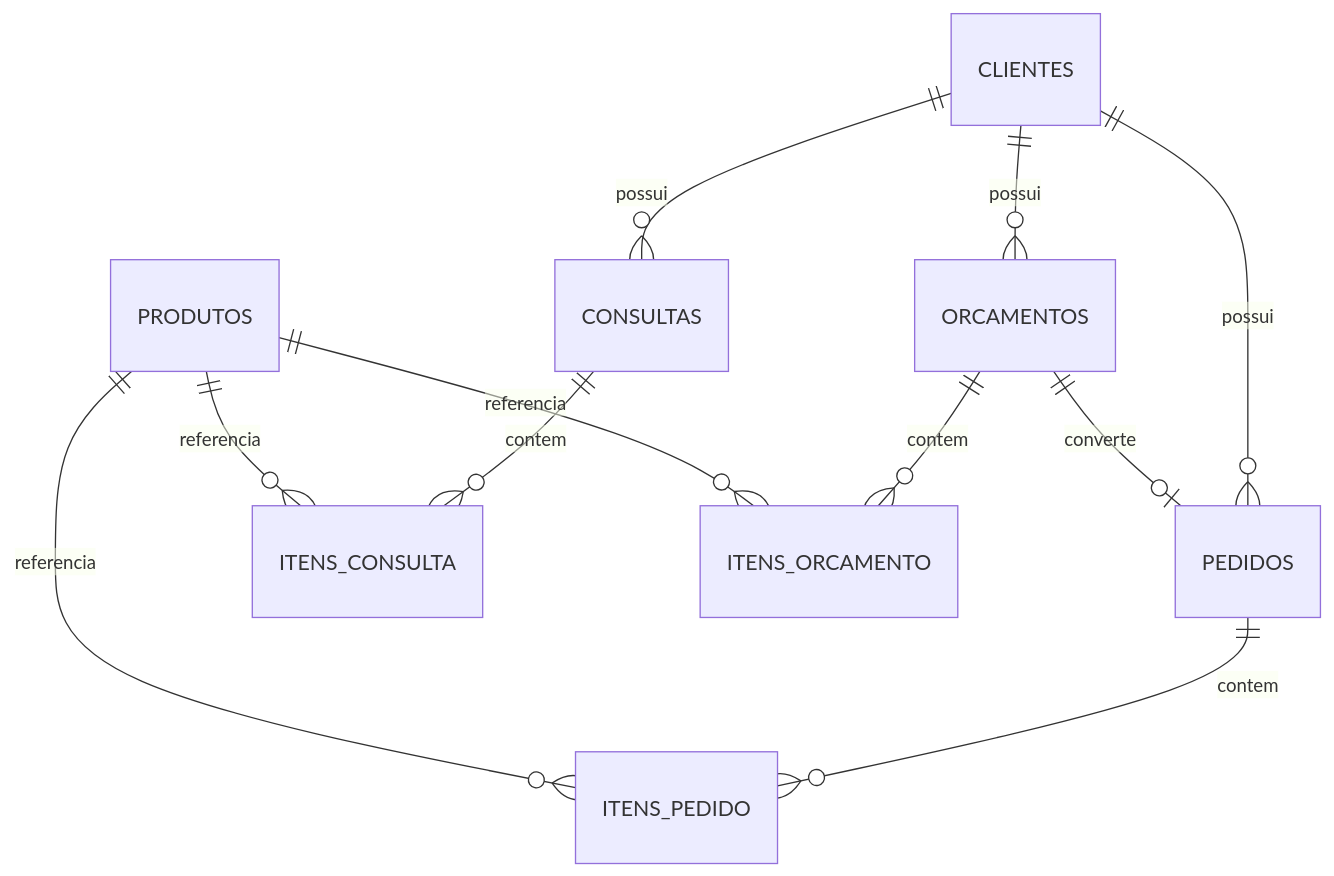
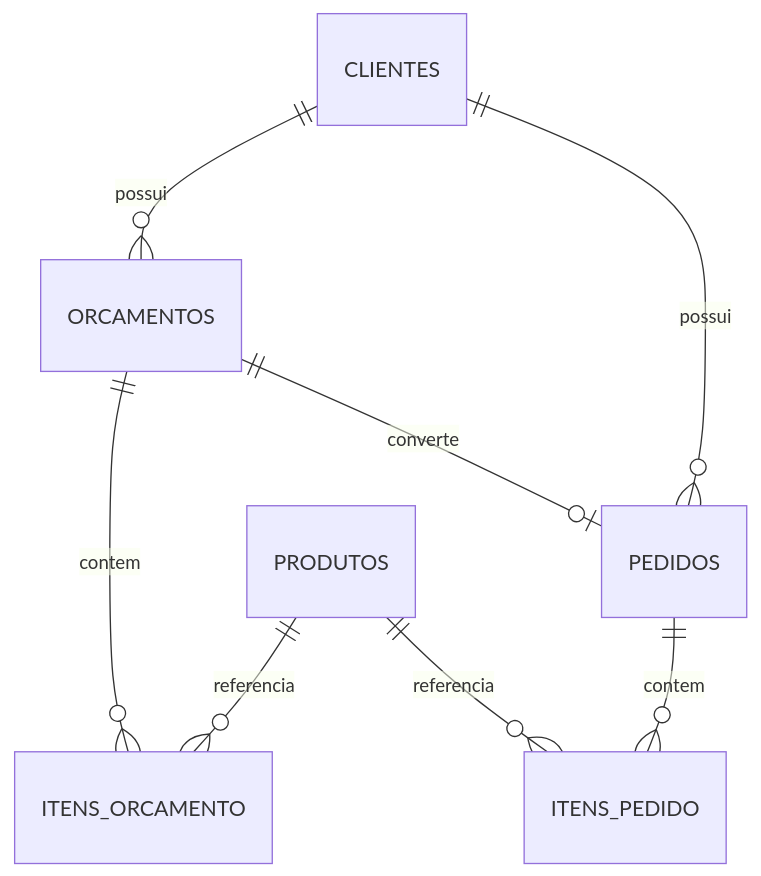
Before and after one commit to gdenes74/sistema_locacao_moveis: the diagram in docs/diagramas/erd/08-erd-comercial.md, drawn with Mermaid. The commit also changed other lines of this file and 1 other file, not shown here.

First line of the commit message:
docs: refinar README principal e ERD comercial

````diff
--- a/docs/diagramas/erd/08-erd-comercial.md
+++ b/docs/diagramas/erd/08-erd-comercial.md
@@ -5,13 +5,13 @@
 ```mermaid
 erDiagram
-    CLIENTES ||--o{ CONSULTAS : possui
     CLIENTES ||--o{ ORCAMENTOS : possui
     CLIENTES ||--o{ PEDIDOS : possui
-    CONSULTAS ||--o{ ITENS_CONSULTA : contem
+
     ORCAMENTOS ||--o{ ITENS_ORCAMENTO : contem
     ORCAMENTOS ||--o| PEDIDOS : converte
+
     PEDIDOS ||--o{ ITENS_PEDIDO : contem
-    PRODUTOS ||--o{ ITENS_CONSULTA : referencia
+
     PRODUTOS ||--o{ ITENS_ORCAMENTO : referencia
     PRODUTOS ||--o{ ITENS_PEDIDO : referencia
 ```
````
